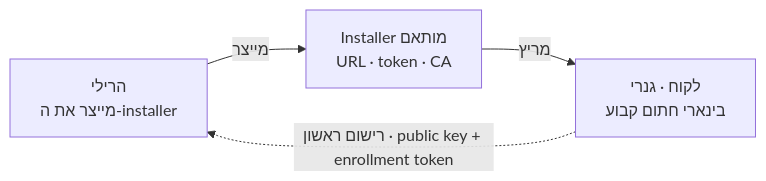
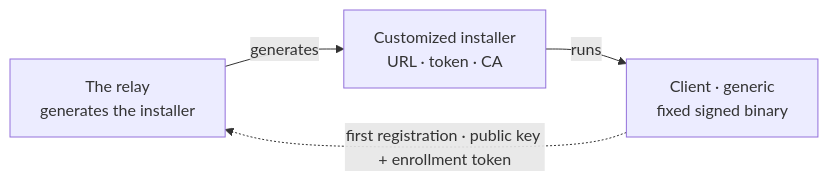
One commit to nati-m2/AiRemoteAccess changed the third of 3 diagrams in docs/RELAY_ARCHITECTURE.md. Above: the diagram before and after it, drawn with Mermaid. The commit also changed other lines of this file, not shown here.

````diff
--- a/docs/RELAY_ARCHITECTURE.md
+++ b/docs/RELAY_ARCHITECTURE.md
@@ -155,6 +180,6 @@
 ```mermaid
 flowchart LR
-    Relay["הרילי<br/>מייצר את ה-installer"] -- "מייצר" --> Installer["Installer מותאם<br/>URL · token · CA"]
-    Installer -- "מריץ" --> Client["לקוח · גנרי<br/>בינארי חתום קבוע"]
-    Client -. "רישום ראשון · public key + enrollment token" .-> Relay
+    Relay["The relay<br/>generates the installer"] -- "generates" --> Installer["Customized installer<br/>URL · token · CA"]
+    Installer -- "runs" --> Client["Client · generic<br/>fixed signed binary"]
+    Client -. "first registration · public key + enrollment token" .-> Relay
 ```
````
